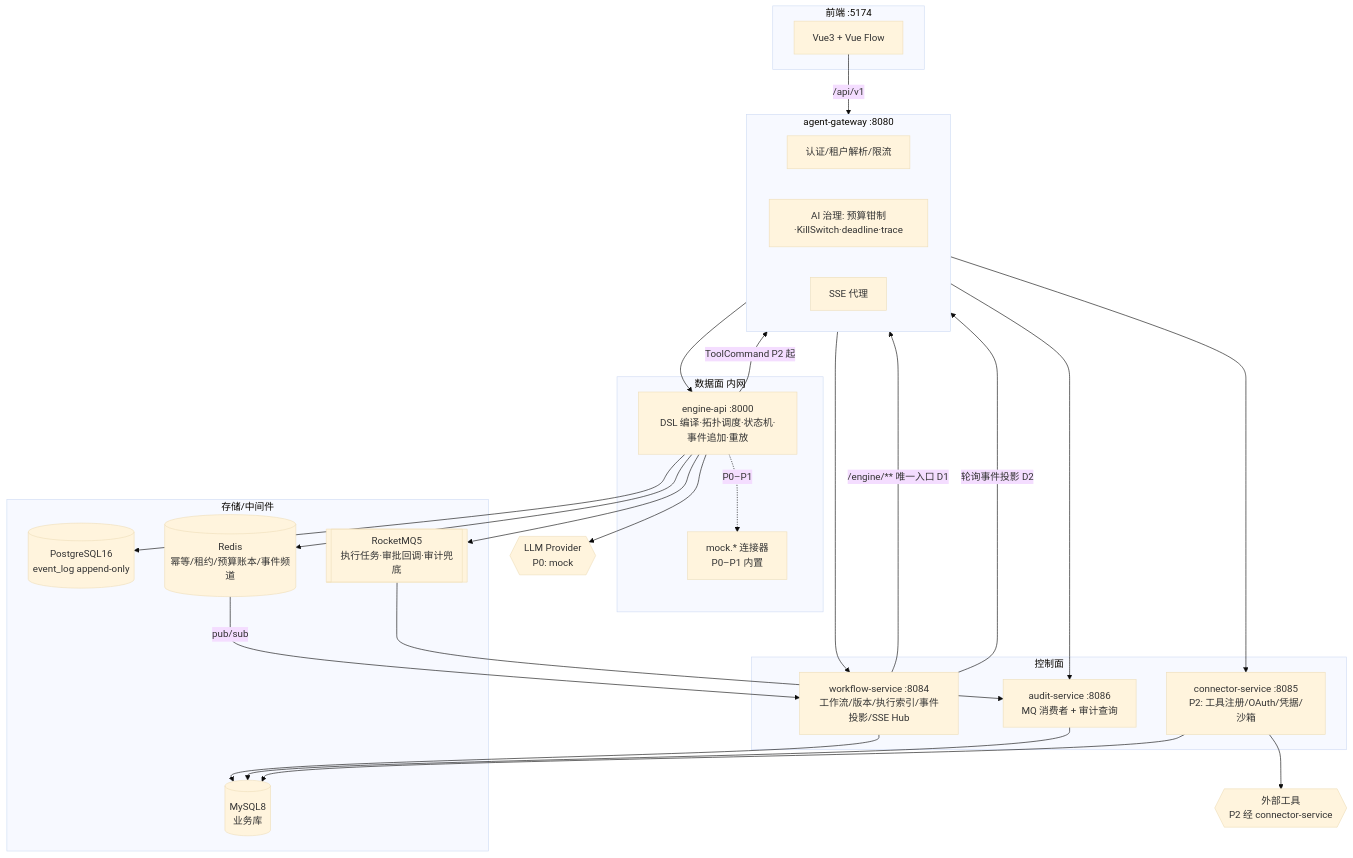
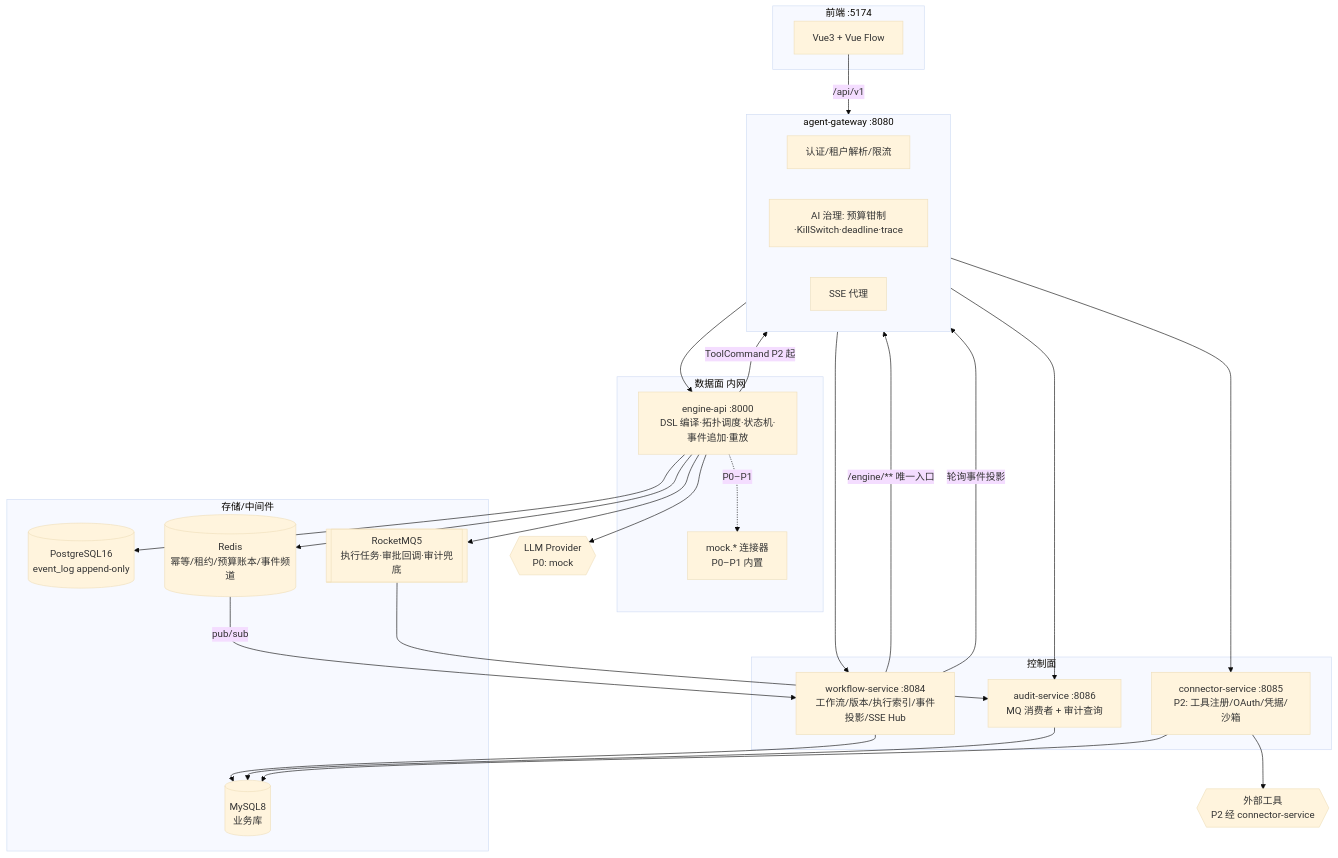
One commit to ybw0405-study/AgentFlow changed the first of 3 diagrams in docs/architecture.md. Above: the diagram before and after it, drawn with Mermaid (base theme). The commit also changed other lines of this file and 196 other files, not shown here.

````diff
--- a/docs/architecture.md
+++ b/docs/architecture.md
@@ -28,53 +28,53 @@
 ```mermaid
 flowchart TB
     subgraph FE[前端 :5174]
         VUE[Vue3 + Vue Flow]
     end
 
     subgraph GW[agent-gateway :8080]
         SEC[认证/租户解析/限流]
         GOV[AI 治理: 预算钳制·KillSwitch·deadline·trace]
         SSEP[SSE 代理]
     end
 
     subgraph CP[控制面]
         WF[workflow-service :8084<br/>工作流/版本/执行索引/事件投影/SSE Hub]
         CONN[connector-service :8085<br/>P2: 工具注册/OAuth/凭据/沙箱]
         AUD[audit-service :8086<br/>MQ 消费者 + 审计查询]
     end
 
     subgraph DP[数据面 内网]
         ENG[engine-api :8000<br/>DSL 编译·拓扑调度·状态机·事件追加·重放]
         MOCK[mock.* 连接器<br/>P0–P1 内置]
     end
 
     subgraph STORE[存储/中间件]
         MYSQL[(MySQL8<br/>业务库)]
         PG[(PostgreSQL16<br/>event_log append-only)]
         REDIS[(Redis<br/>幂等/租约/预算账本/事件频道)]
         MQ[[RocketMQ5<br/>执行任务·审批回调·审计兜底]]
     end
 
     LLM{{LLM Provider<br/>P0: mock}}
     TOOL{{外部工具<br/>P2 经 connector-service}}
 
     VUE -->|/api/v1| GW
     GW --> WF
     GW --> CONN
     GW --> AUD
-    WF -->|/engine/** 唯一入口 D1| GW
+    WF -->|/engine/** 唯一入口| GW
     GW --> ENG
     ENG -->|ToolCommand P2 起| GW
     ENG --> PG
     ENG --> REDIS
     ENG --> MQ
     ENG --> LLM
     ENG -.->|P0–P1| MOCK
     WF --> MYSQL
     AUD --> MYSQL
     CONN --> MYSQL
-    WF -->|轮询事件投影 D2| GW
+    WF -->|轮询事件投影| GW
     REDIS -->|pub/sub| WF
     MQ --> AUD
     CONN --> TOOL
 ```
````
